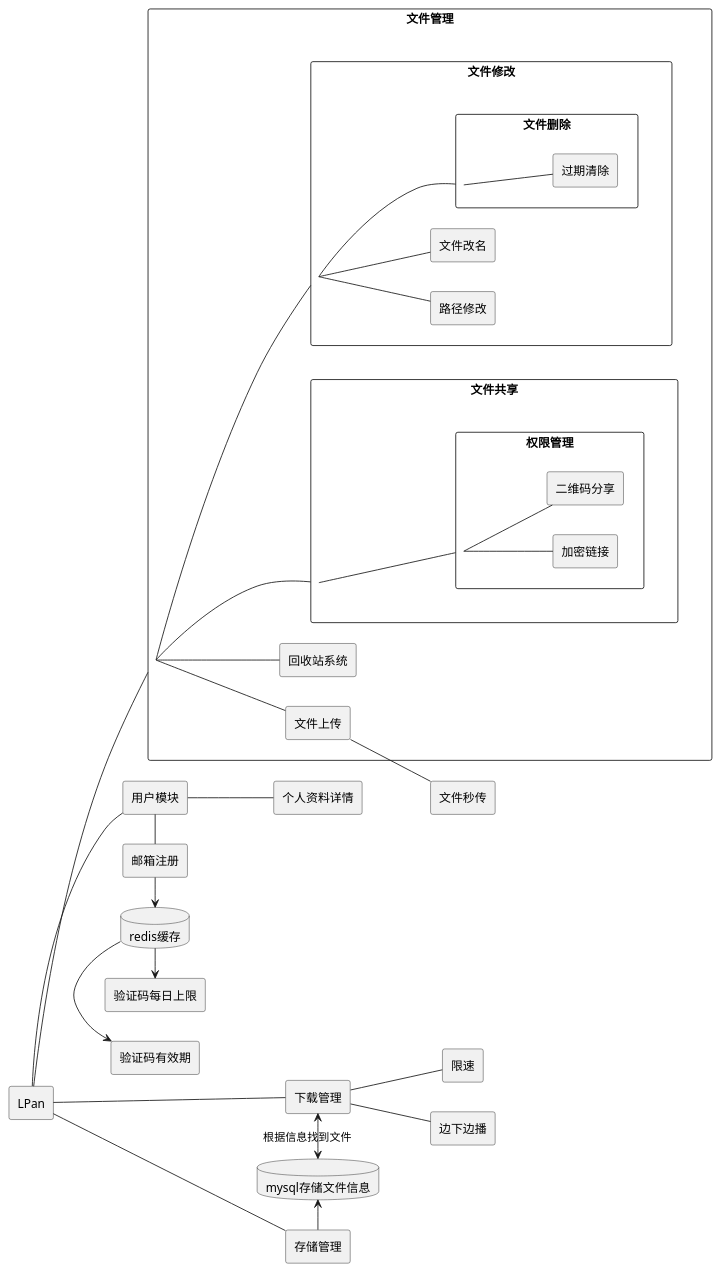
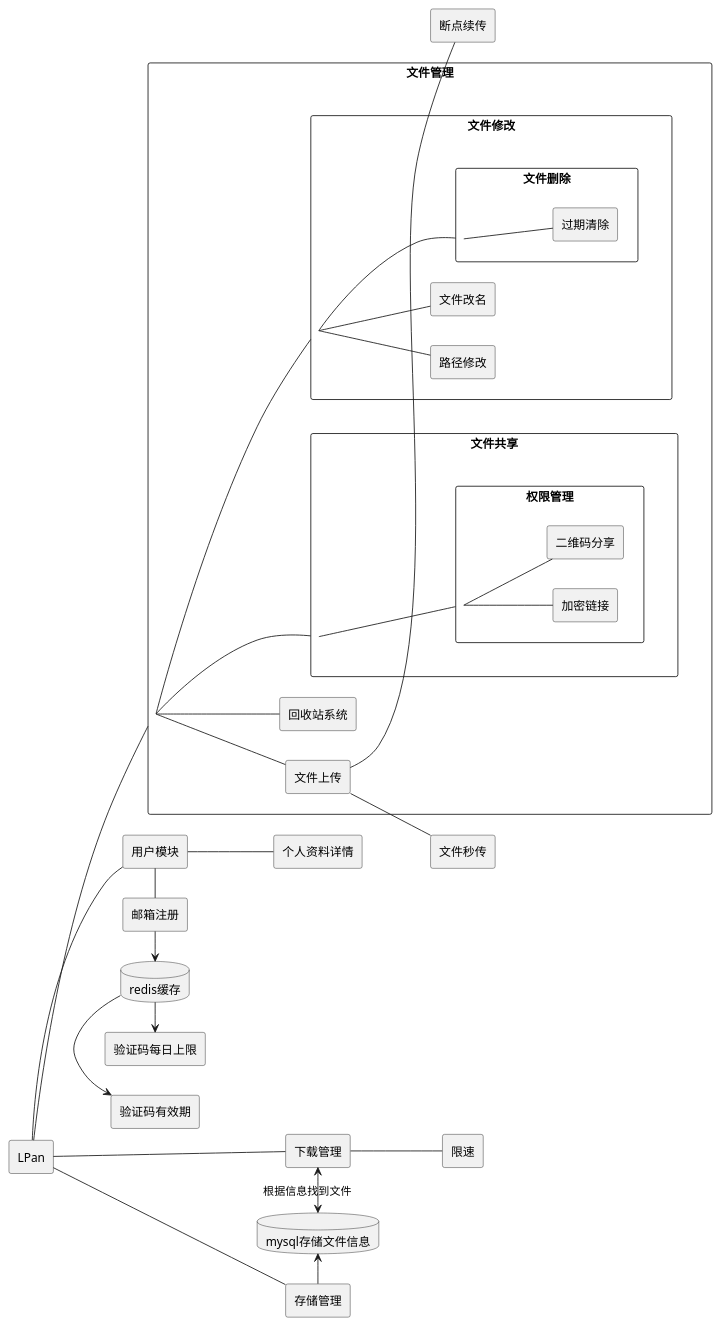
One commit to lluckyboi/LPan changed the diagram in LPan.puml. Above: the diagram before and after it, drawn with PlantUML. The commit also changed 1 other file, not shown here.

```diff
--- a/LPan.puml
+++ b/LPan.puml
@@ -1,98 +1,100 @@
 @startuml
 left to right direction
 skinparam packageStyle rectangle
 
 rectangle  LPan
 
 
 rectangle 用户模块{
     LPan -- 用户模块
 }
 rectangle 邮箱注册{
     用户模块 - 邮箱注册
 }
 database redis[
     redis缓存
 ]
 redis ->验证码有效期
 redis ->验证码每日上限
 邮箱注册 -> redis
 rectangle 验证码有效期{
 }
 rectangle 验证码每日上限{
 }
 rectangle 个人资料详情{
     用户模块  -- 个人资料详情
 }
 
 
 
 
 rectangle 存储管理{
     LPan -- 存储管理
 }
 database mysql[
 mysql存储文件信息
 ]
 mysql <- 存储管理
 
 下载管理<->mysql:根据信息找到文件
 
 
 
 rectangle 文件管理{
     LPan -- 文件管理
 }
 rectangle 文件管理{
    文件管理--文件共享
    文件管理--文件修改
    文件管理--文件上传
    文件管理--回收站系统
 }
 rectangle 文件修改{
     文件修改--文件删除
     文件修改--路径修改
     文件修改--文件改名
 }
 rectangle 文件删除{
 文件删除--过期清除
 }
 rectangle 过期清除{
 }
 rectangle 路径修改{
 }
 rectangle 文件改名{
 }
 
 rectangle 文件上传{
 }
 rectangle 回收站系统{
 }
 rectangle 文件共享{
     文件共享 -- 权限管理
 }
 rectangle 权限管理 {
     权限管理--加密链接
     权限管理--二维码分享
 }
 rectangle 加密链接{
 }
 rectangle 二维码分享{
 }
 
 
 
 rectangle 下载管理{
     LPan---下载管理
 }
 rectangle 限速{
    下载管理--限速
 }
-rectangle 边下边播{
-   下载管理--边下边播
-}
+
 rectangle 文件秒传{
     文件上传--文件秒传
 }
+rectangle 断点续传{
+    文件上传--断点续传
+}
+
 
 @enduml
```
